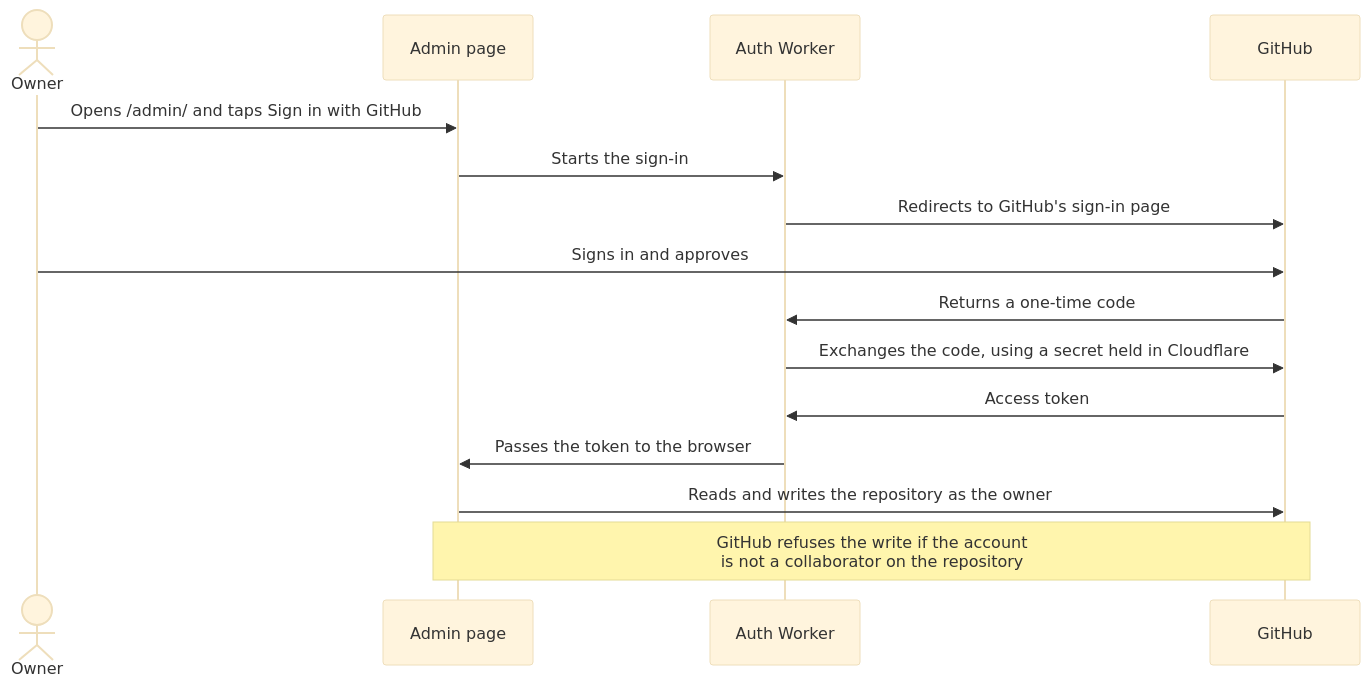
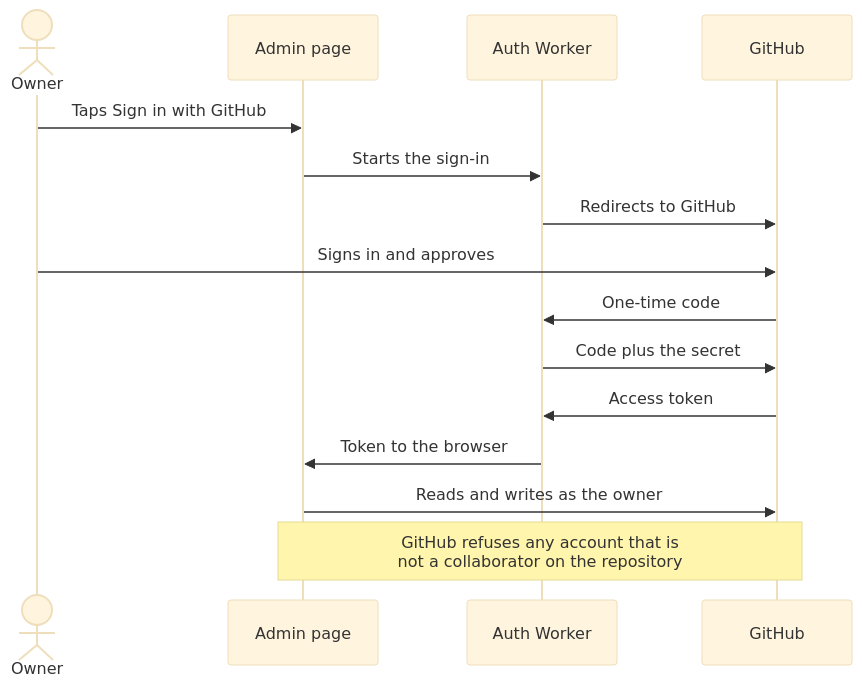
Before and after one commit to gilbert-lee-tech/aquamarine-jewelry-store-showcase: the third of 3 diagrams in TECH-STACK.md, drawn with Mermaid (base theme). The commit also changed other lines of this file, not shown here.

Commit message:
Tech stack: shorten the sequence diagram labels so they fit the page

````diff
--- a/TECH-STACK.md
+++ b/TECH-STACK.md
@@ -85,18 +87,18 @@
 ```mermaid
 sequenceDiagram
     actor Owner
     participant CMS as Admin page
     participant Auth as Auth Worker
     participant GH as GitHub
 
-    Owner->>CMS: Opens /admin/ and taps Sign in with GitHub
+    Owner->>CMS: Taps Sign in with GitHub
     CMS->>Auth: Starts the sign-in
-    Auth->>GH: Redirects to GitHub's sign-in page
+    Auth->>GH: Redirects to GitHub
     Owner->>GH: Signs in and approves
-    GH->>Auth: Returns a one-time code
-    Auth->>GH: Exchanges the code, using a secret held in Cloudflare
+    GH->>Auth: One-time code
+    Auth->>GH: Code plus the secret
     GH->>Auth: Access token
-    Auth->>CMS: Passes the token to the browser
-    CMS->>GH: Reads and writes the repository as the owner
-    Note over CMS,GH: GitHub refuses the write if the account<br/>is not a collaborator on the repository
+    Auth->>CMS: Token to the browser
+    CMS->>GH: Reads and writes as the owner
+    Note over CMS,GH: GitHub refuses any account that is<br/>not a collaborator on the repository
 ```
````
